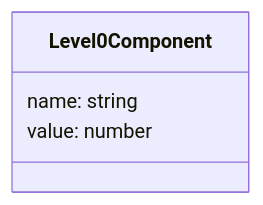
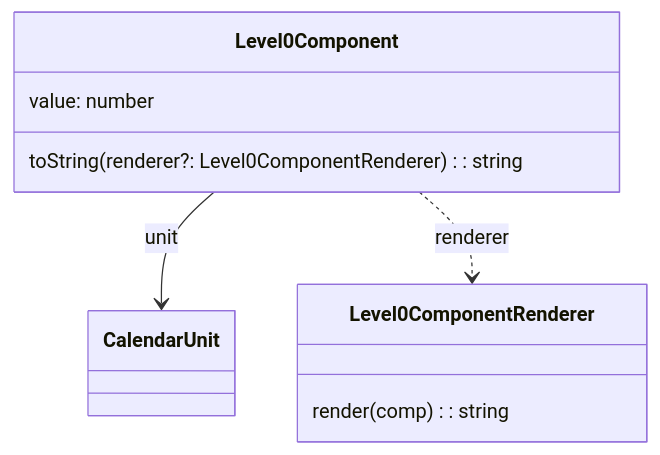
Before and after one commit to RR0/time: the first of 2 diagrams in src/level0/component/README.md, drawn with Mermaid. The commit also changed other lines of this file and 43 other files, not shown here.

````diff
--- a/src/level0/component/README.md
+++ b/src/level0/component/README.md
@@ -7,7 +10,14 @@
 ```mermaid
 classDiagram
     class Level0Component {
-        name: string
         value: number
+        toString(renderer?: Level0ComponentRenderer): string
     }
+    class Level0ComponentRenderer {
+        render(comp): string
+    }
+    class CalendarUnit {
+    }
+    Level0Component --> CalendarUnit: unit
+    Level0Component ..> Level0ComponentRenderer: renderer
 ```
````
